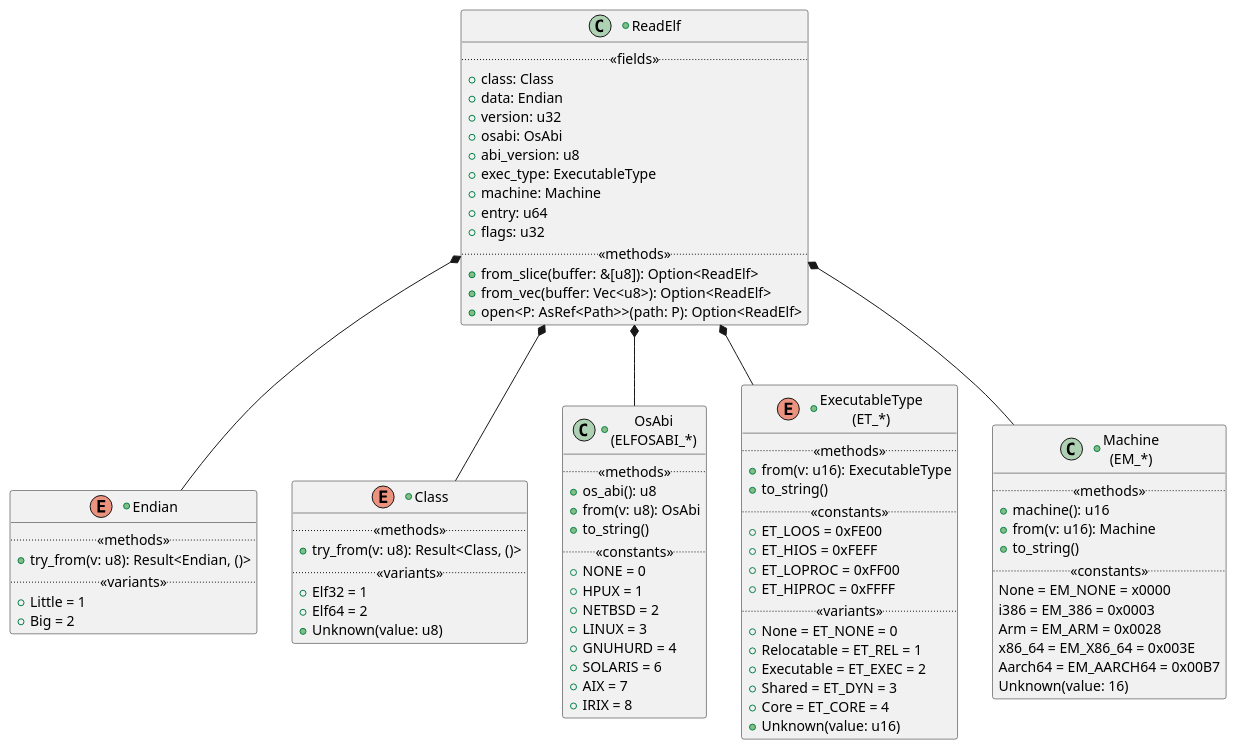
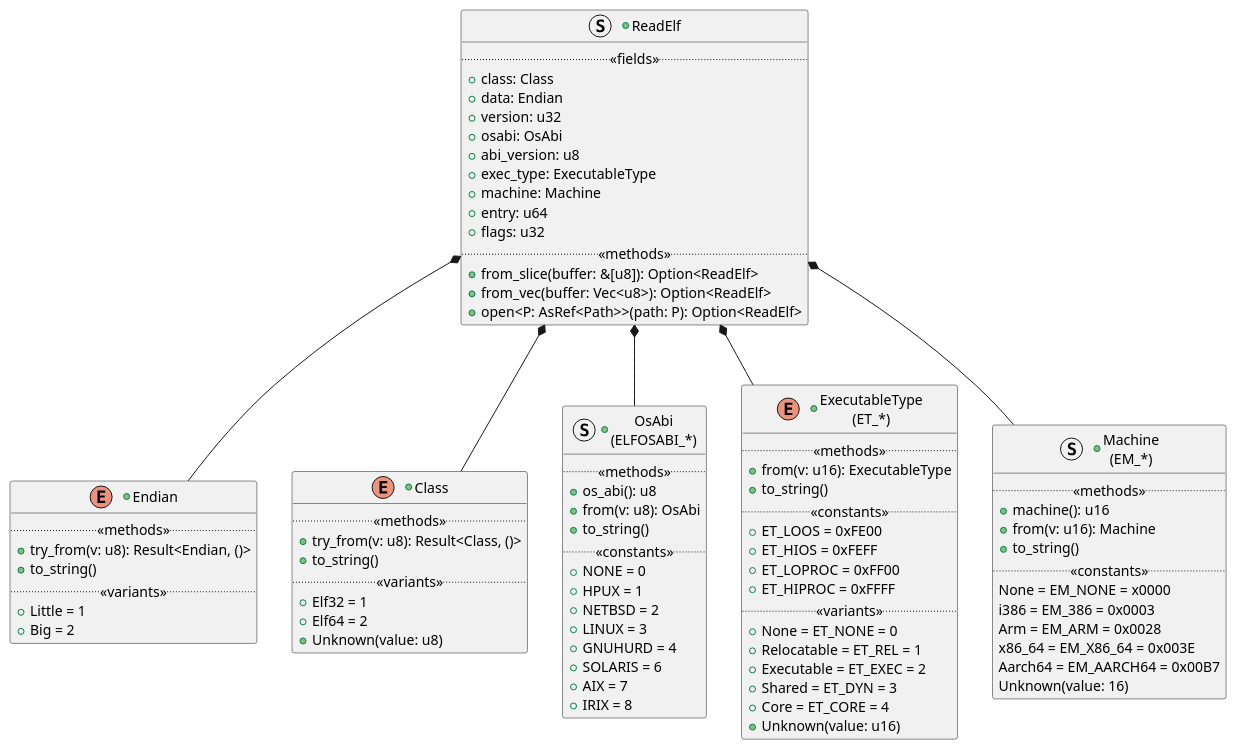
The diagram in readelf/doc/assets/readelf.plantuml (jcurl/rustlib), drawn with PlantUML before and after one commit. The commit also changed 22 other files, not shown here.

First line of the commit message:
ReadElf: Iterate over program headers

```diff
--- a/readelf/doc/assets/readelf.plantuml
+++ b/readelf/doc/assets/readelf.plantuml
@@ -1,90 +1,92 @@
 @startuml readelf
 
-+class ReadElf {
++struct ReadElf {
     .. <<fields>> ..
     +class: Class
     +data: Endian
     +version: u32
     +osabi: OsAbi
     +abi_version: u8
     +exec_type: ExecutableType
     +machine: Machine
     +entry: u64
     +flags: u32
     .. <<methods>> ..
     +from_slice(buffer: &[u8]): Option<ReadElf>
     +from_vec(buffer: Vec<u8>): Option<ReadElf>
     +open<P: AsRef<Path>>(path: P): Option<ReadElf>
 }
 
 +enum Endian {
     .. <<methods>> ..
     +try_from(v: u8): Result<Endian, ()>
+    +to_string()
     .. <<variants>> ..
     +Little = 1
     +Big = 2
 }
 
 +enum Class {
     .. <<methods>> ..
     +try_from(v: u8): Result<Class, ()>
+    +to_string()
     .. <<variants>> ..
     +Elf32 = 1
     +Elf64 = 2
     +Unknown(value: u8)
 }
 
-+class OsAbi as "OsAbi\n(ELFOSABI_*)" {
++struct OsAbi as "OsAbi\n(ELFOSABI_*)" {
     .. <<methods>> ..
     +os_abi(): u8
     +from(v: u8): OsAbi
     +to_string()
     .. <<constants>> ..
     +NONE = 0
     +HPUX = 1
     +NETBSD = 2
     +LINUX = 3
     +GNUHURD = 4
     +SOLARIS = 6
     +AIX = 7
     +IRIX = 8
 }
 
 +enum ExecutableType as "ExecutableType\n(ET_*)" {
     .. <<methods>> ..
     +from(v: u16): ExecutableType
     +to_string()
     .. <<constants>> ..
     +ET_LOOS = 0xFE00
     +ET_HIOS = 0xFEFF
     +ET_LOPROC = 0xFF00
     +ET_HIPROC = 0xFFFF
     .. <<variants>> ..
     +None = ET_NONE = 0
     +Relocatable = ET_REL = 1
     +Executable = ET_EXEC = 2
     +Shared = ET_DYN = 3
     +Core = ET_CORE = 4
     +Unknown(value: u16)
 }
 
-+class Machine as "Machine\n(EM_*)" {
++struct Machine as "Machine\n(EM_*)" {
     .. <<methods>> ..
     +machine(): u16
     +from(v: u16): Machine
     +to_string()
     .. <<constants>> ..
     None = EM_NONE = x0000
     i386 = EM_386 = 0x0003
     Arm = EM_ARM = 0x0028
     x86_64 = EM_X86_64 = 0x003E
     Aarch64 = EM_AARCH64 = 0x00B7
     Unknown(value: 16)
 }
 
 ReadElf *-d- Endian
 ReadElf *-d- Class
 ReadElf *-d- OsAbi
 ReadElf *-d- ExecutableType
 ReadElf *-d- Machine
 @enduml
```
